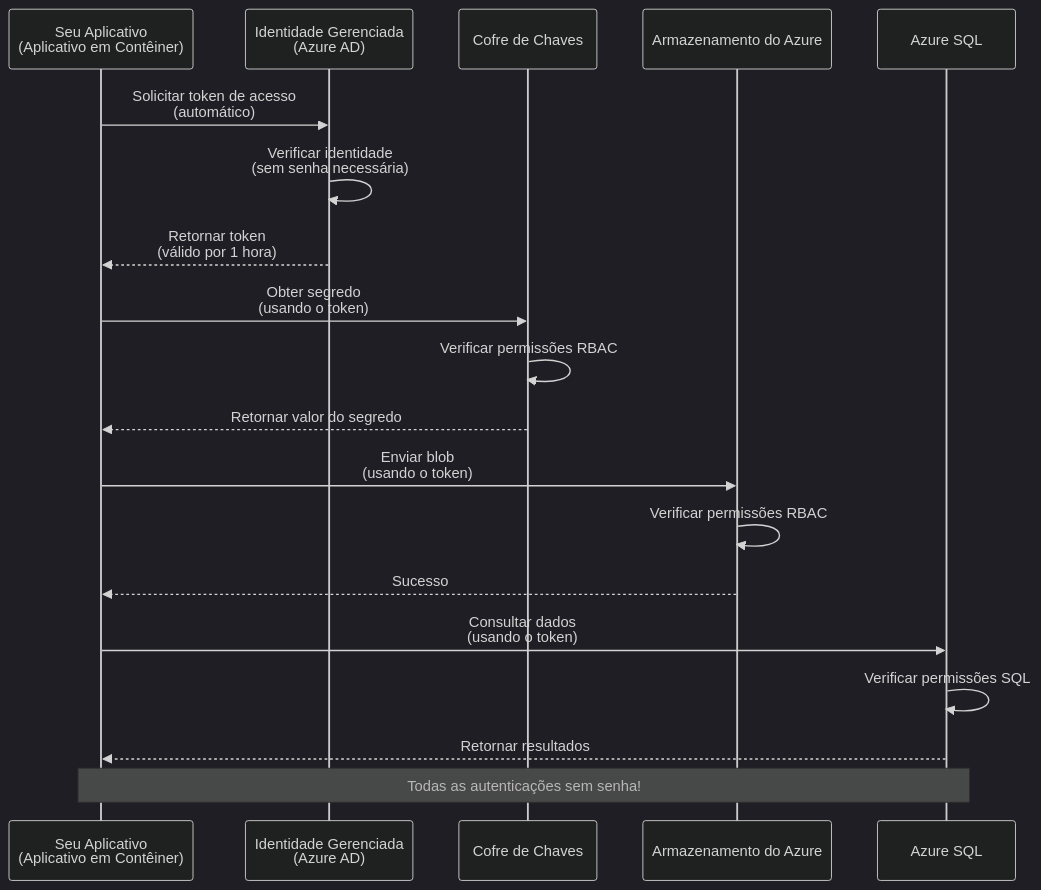
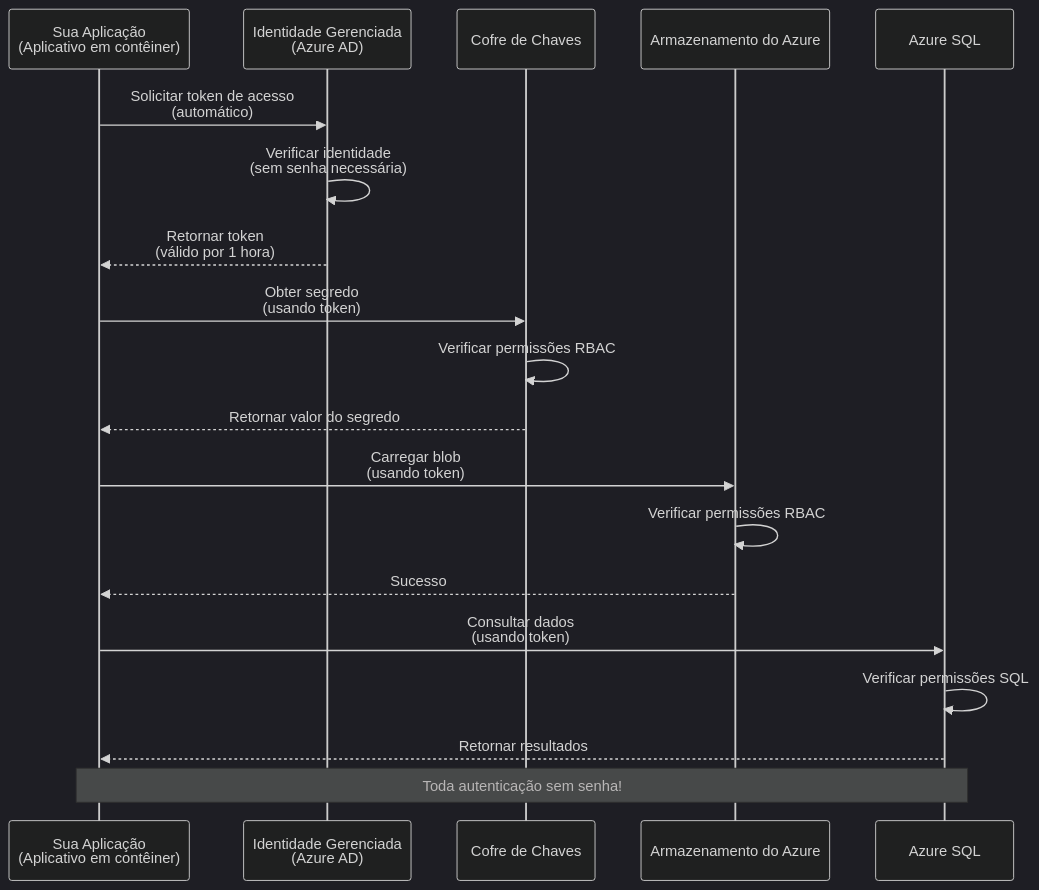
The first of 2 diagrams in translations/pt-BR/docs/chapter-03-configuration/authsecurity.md (microsoft/AZD-for-beginners), drawn with Mermaid (dark theme) before and after one commit. The commit also changed other lines of this file and 101 other files, not shown here.

````diff
--- a/translations/pt-BR/docs/chapter-03-configuration/authsecurity.md
+++ b/translations/pt-BR/docs/chapter-03-configuration/authsecurity.md
@@ -69,26 +69,26 @@
 ```mermaid
 sequenceDiagram
-    participant App as Seu Aplicativo<br/>(Aplicativo em Contêiner)
+    participant App as Sua Aplicação<br/>(Aplicativo em contêiner)
     participant MI as Identidade Gerenciada<br/>(Azure AD)
     participant KV as Cofre de Chaves
     participant Storage as Armazenamento do Azure
     participant DB as Azure SQL
     
     App->>MI: Solicitar token de acesso<br/>(automático)
     MI->>MI: Verificar identidade<br/>(sem senha necessária)
     MI-->>App: Retornar token<br/>(válido por 1 hora)
     
-    App->>KV: Obter segredo<br/>(usando o token)
+    App->>KV: Obter segredo<br/>(usando token)
     KV->>KV: Verificar permissões RBAC
     KV-->>App: Retornar valor do segredo
     
-    App->>Storage: Enviar blob<br/>(usando o token)
+    App->>Storage: Carregar blob<br/>(usando token)
     Storage->>Storage: Verificar permissões RBAC
     Storage-->>App: Sucesso
     
-    App->>DB: Consultar dados<br/>(usando o token)
+    App->>DB: Consultar dados<br/>(usando token)
     DB->>DB: Verificar permissões SQL
     DB-->>App: Retornar resultados
     
-    Note over App,DB: Todas as autenticações sem senha!
+    Note over App,DB: Toda autenticação sem senha!
 ```
````
